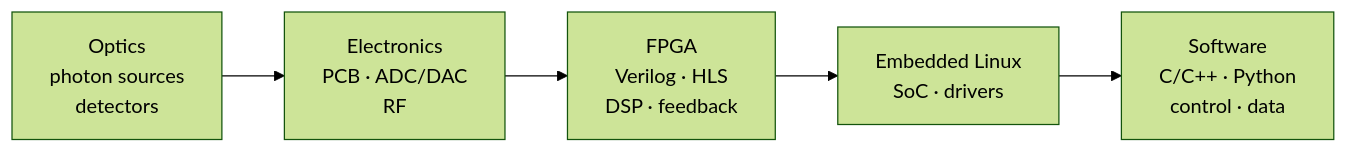
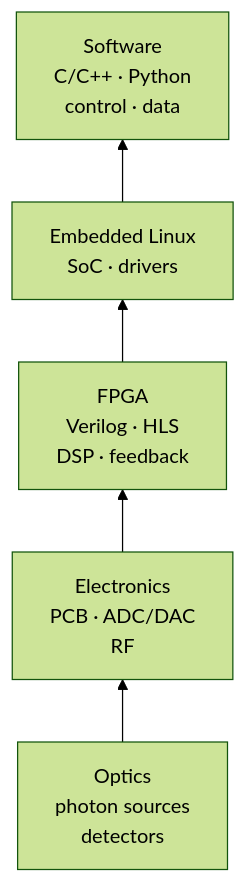
The diagram in README.md (hfwang132/hfwang132), drawn with Mermaid (forest theme) before and after one commit.

Commit message:
Draw the stack diagram bottom up

````diff
--- a/README.md
+++ b/README.md
@@ -5,9 +5,9 @@
 ```mermaid
-flowchart LR
+flowchart BT
     optics["Optics<br/>photon sources<br/>detectors"]
     pcb["Electronics<br/>PCB · ADC/DAC<br/>RF"]
     fpga["FPGA<br/>Verilog · HLS<br/>DSP · feedback"]
     linux["Embedded Linux<br/>SoC · drivers"]
     sw["Software<br/>C/C++ · Python<br/>control · data"]
     optics --> pcb --> fpga --> linux --> sw
 ```
````
